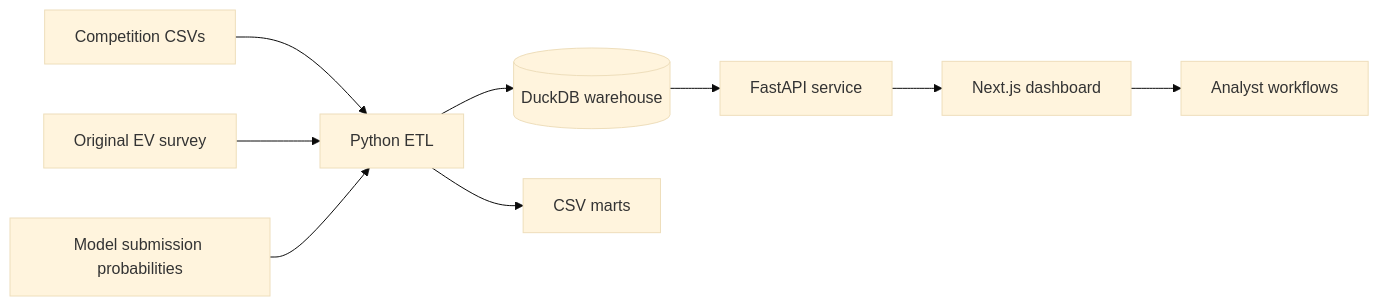
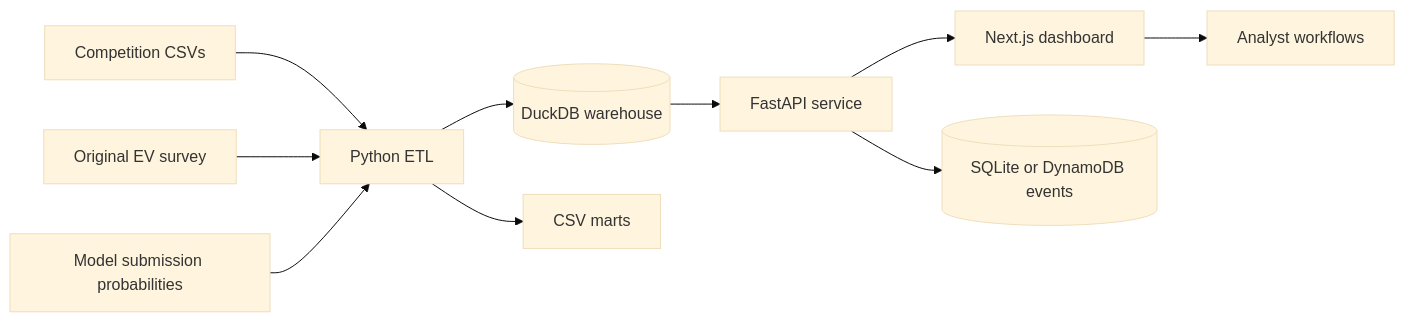
The diagram in README.md (Atharva2102/ev-buyer-intelligence), drawn with Mermaid (base theme) before and after one commit. The commit also changed other lines of this file and 39 other files, not shown here.

````diff
--- a/README.md
+++ b/README.md
@@ -72,11 +73,12 @@
 ```mermaid
 flowchart LR
     A[Competition CSVs] --> D[Python ETL]
     B[Original EV survey] --> D
     C[Model submission probabilities] --> D
     D --> E[(DuckDB warehouse)]
     D --> F[CSV marts]
     E --> G[FastAPI service]
     G --> H[Next.js dashboard]
-    H --> I[Analyst workflows]
+    G --> I[(SQLite or DynamoDB events)]
+    H --> J[Analyst workflows]
 ```
````
